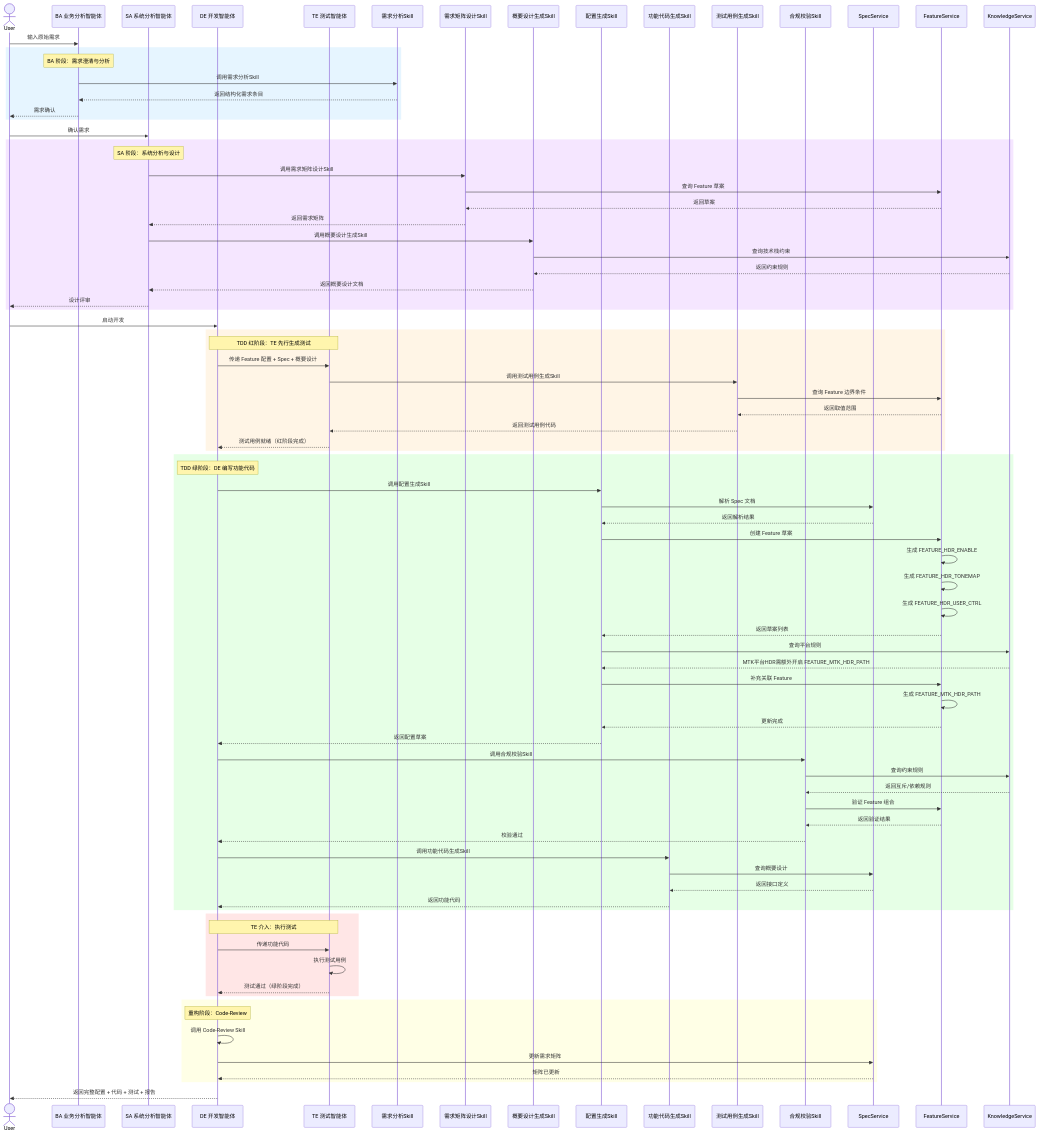
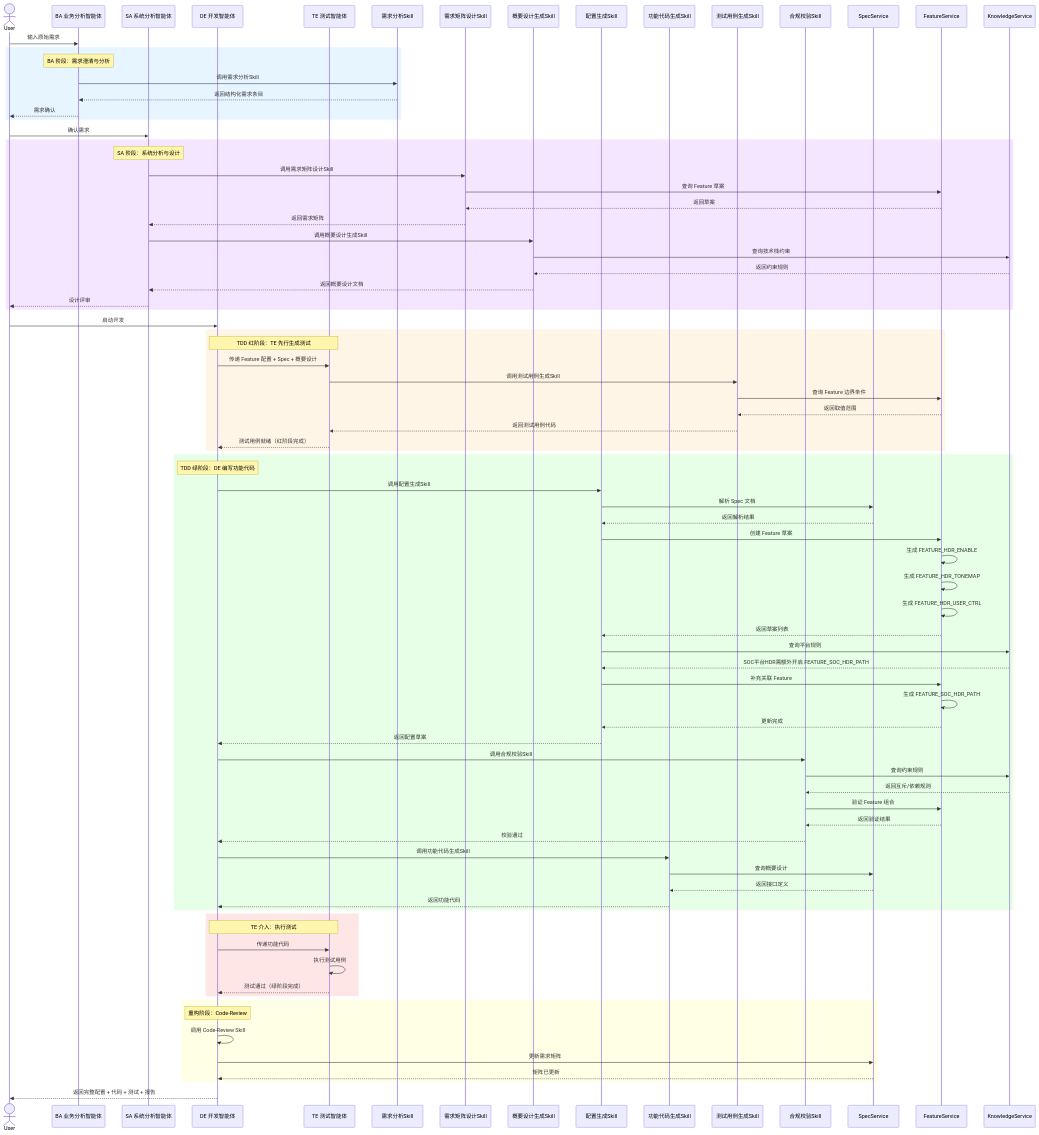
Diagram 13 of 28 in feature_spec_knowledge.md (liuzidong123/harness-adk), drawn with Mermaid before and after one commit. The commit also changed other lines of this file, not shown here.

```diff
--- a/feature_spec_knowledge.md
+++ b/feature_spec_knowledge.md
@@ -1026,10 +1026,10 @@
         FeatSvc-->>SkillGen: 返回草案列表
 
         SkillGen->>KnowSvc: 查询平台规则
-        KnowSvc-->>SkillGen: MTK平台HDR需额外开启 FEATURE_MTK_HDR_PATH
+        KnowSvc-->>SkillGen: SOC平台HDR需额外开启 FEATURE_SOC_HDR_PATH
 
         SkillGen->>FeatSvc: 补充关联 Feature
-        FeatSvc->>FeatSvc: 生成 FEATURE_MTK_HDR_PATH
+        FeatSvc->>FeatSvc: 生成 FEATURE_SOC_HDR_PATH
         FeatSvc-->>SkillGen: 更新完成
         SkillGen-->>DE: 返回配置草案
 
```
